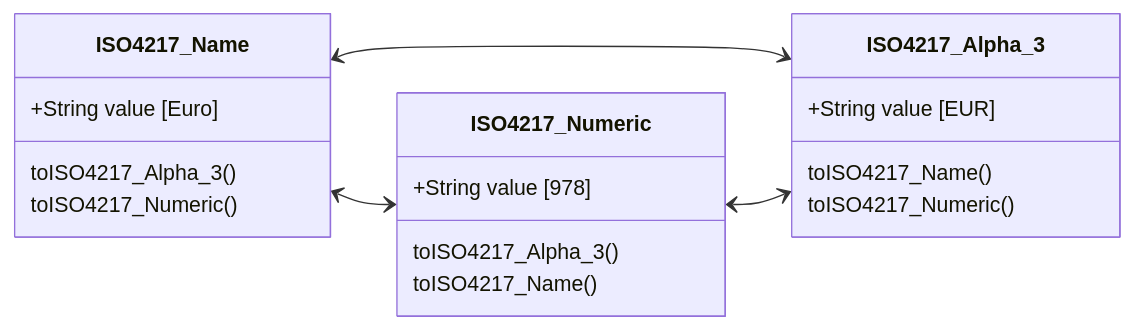
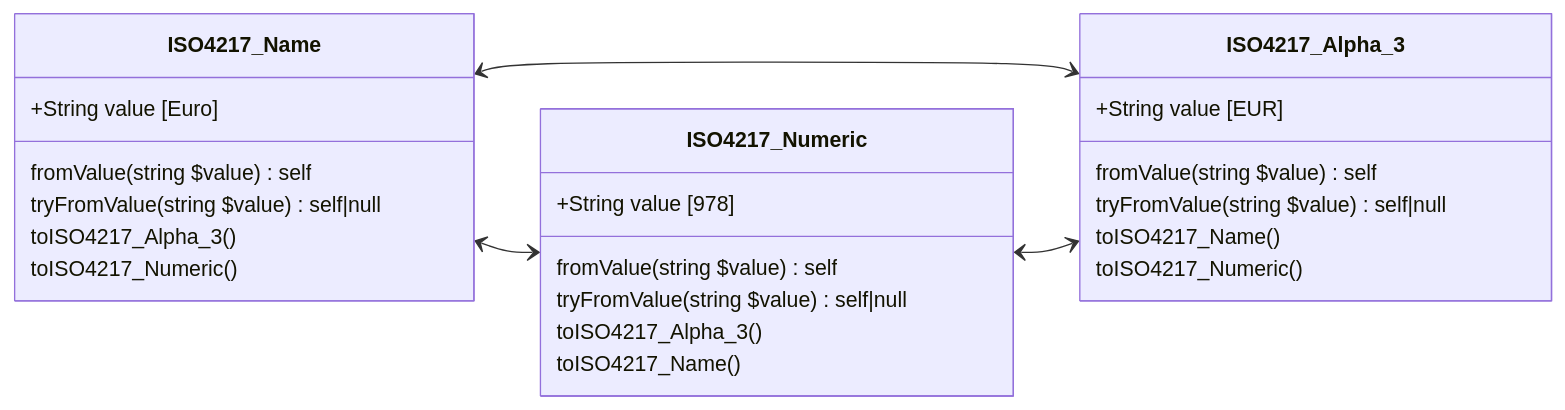
Before and after one commit to PrinsFrank/standards: the second of 4 diagrams in README.md, drawn with Mermaid. The commit also changed other lines of this file, not shown here.

Commit message:
Add missing fromValue methods to class diagrams

````diff
--- a/README.md
+++ b/README.md
@@ -108,23 +108,29 @@
 ```mermaid
 classDiagram
     direction LR
     class ISO4217_Alpha_3 {
         +String value [EUR]
+        fromValue(string $value) self
+        tryFromValue(string $value) self|null
         toISO4217_Name()
         toISO4217_Numeric()
     }
     class ISO4217_Name {
         +String value [Euro]
+        fromValue(string $value) self
+        tryFromValue(string $value) self|null
         toISO4217_Alpha_3()
         toISO4217_Numeric()
     }
     class ISO4217_Numeric {
         +String value [978]
+        fromValue(string $value) self
+        tryFromValue(string $value) self|null
         toISO4217_Alpha_3()
         toISO4217_Name()
     }
     
     ISO4217_Name <--> ISO4217_Numeric
     ISO4217_Name <--> ISO4217_Alpha_3
     ISO4217_Numeric <--> ISO4217_Alpha_3
 ```
````
